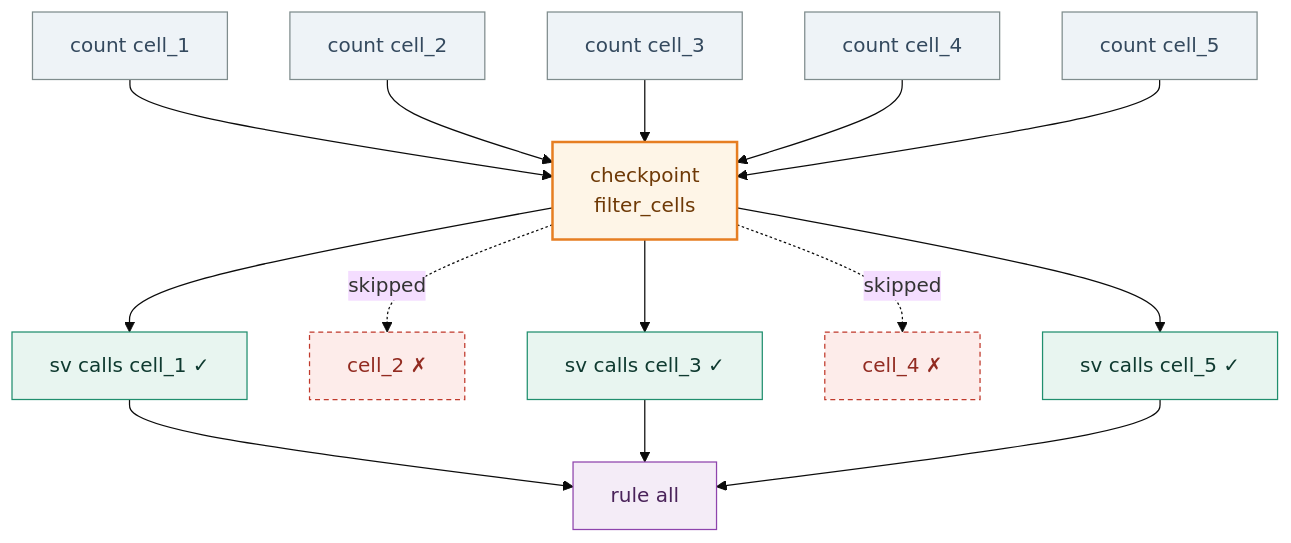
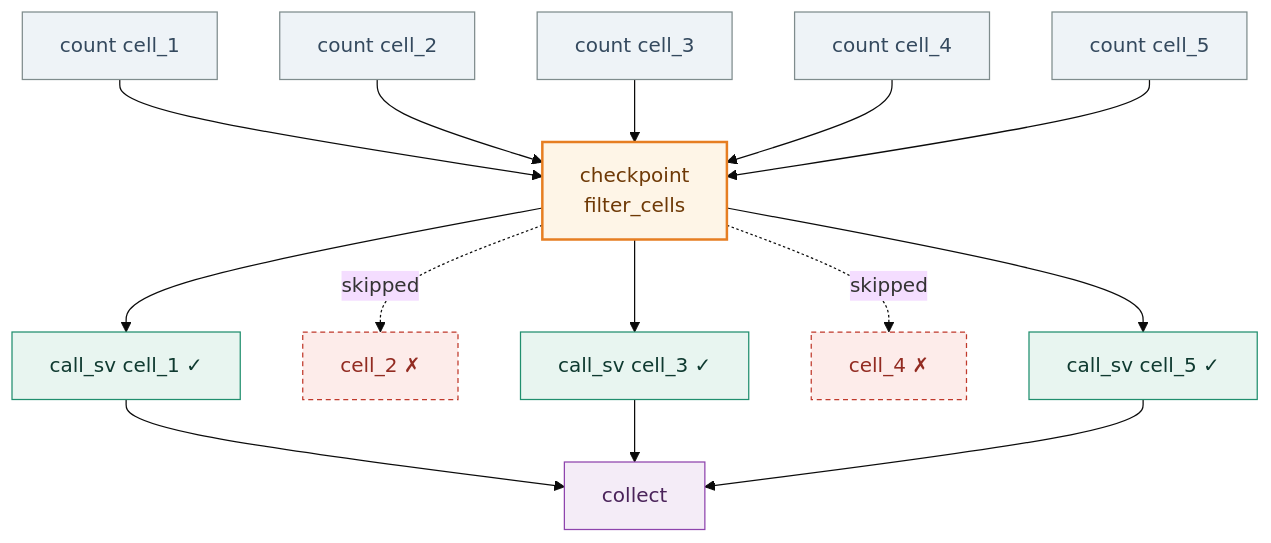
The diagram in docs/python-club-snakemake-2026.qmd (friendsofstrandseq/mosaicatcher-pipeline), drawn with Mermaid (base theme) before and after one commit. The commit also changed other lines of this file and 3 other files, not shown here.

````diff
--- a/docs/python-club-snakemake-2026.qmd
+++ b/docs/python-club-snakemake-2026.qmd
@@ -298,30 +306,30 @@
 ```{mermaid}
 %%| eval: true
 %%| echo: false
 %%| fig-align: center
 flowchart TD
   C1["count cell_1"] --> CP
   C2["count cell_2"] --> CP
   C3["count cell_3"] --> CP
   C4["count cell_4"] --> CP
   C5["count cell_5"] --> CP
   CP["checkpoint<br/>filter_cells"]
-  CP --> SV1["sv calls cell_1 ✓"]
+  CP --> SV1["call_sv cell_1 ✓"]
   CP -. skipped .-> X2["cell_2 ✗"]
-  CP --> SV3["sv calls cell_3 ✓"]
+  CP --> SV3["call_sv cell_3 ✓"]
   CP -. skipped .-> X4["cell_4 ✗"]
-  CP --> SV5["sv calls cell_5 ✓"]
-  SV1 --> RA["rule all"]
+  CP --> SV5["call_sv cell_5 ✓"]
+  SV1 --> RA["collect"]
   SV3 --> RA
   SV5 --> RA
   classDef cp fill:#fef5e7,stroke:#E67E22,color:#6e3906,stroke-width:2px;
   classDef pass fill:#e8f5f0,stroke:#208F6E,color:#0f3a30;
   classDef fail fill:#fdecea,stroke:#C0392B,color:#922b21,stroke-dasharray: 4 3;
   classDef src fill:#eef3f7,stroke:#7f8c8d,color:#34495E;
   classDef goal fill:#f4ecf7,stroke:#8E44AD,color:#4a235a;
   class CP cp
   class SV1,SV3,SV5 pass
   class X2,X4 fail
   class C1,C2,C3,C4,C5 src
   class RA goal
 ```
````
